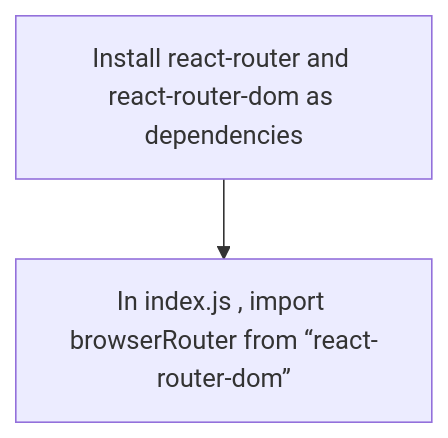
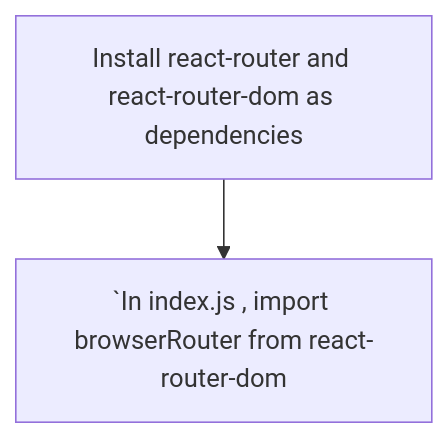
Before and after one commit to Apoorv266/neoG-assignments: the diagram in Notes/Router/router.md, drawn with Mermaid.

````diff
--- a/Notes/Router/router.md
+++ b/Notes/Router/router.md
@@ -5,5 +5,5 @@
 ```mermaid
 flowchart TD
-    A[Install react-router and react-router-dom as dependencies]-->B[In index.js , import browserRouter from “react-router-dom”];
+    A[Install react-router and react-router-dom as dependencies]-->B[`In index.js , import browserRouter from react-router-dom];
     
 ```
````
